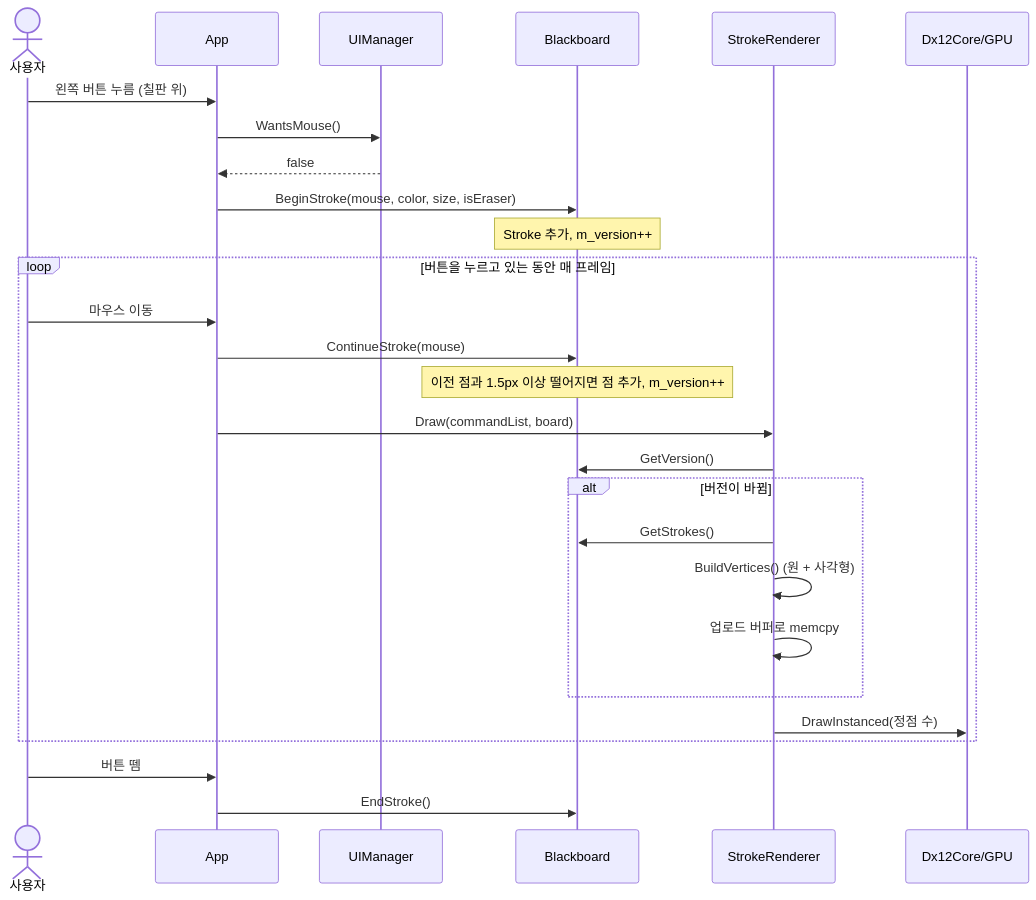
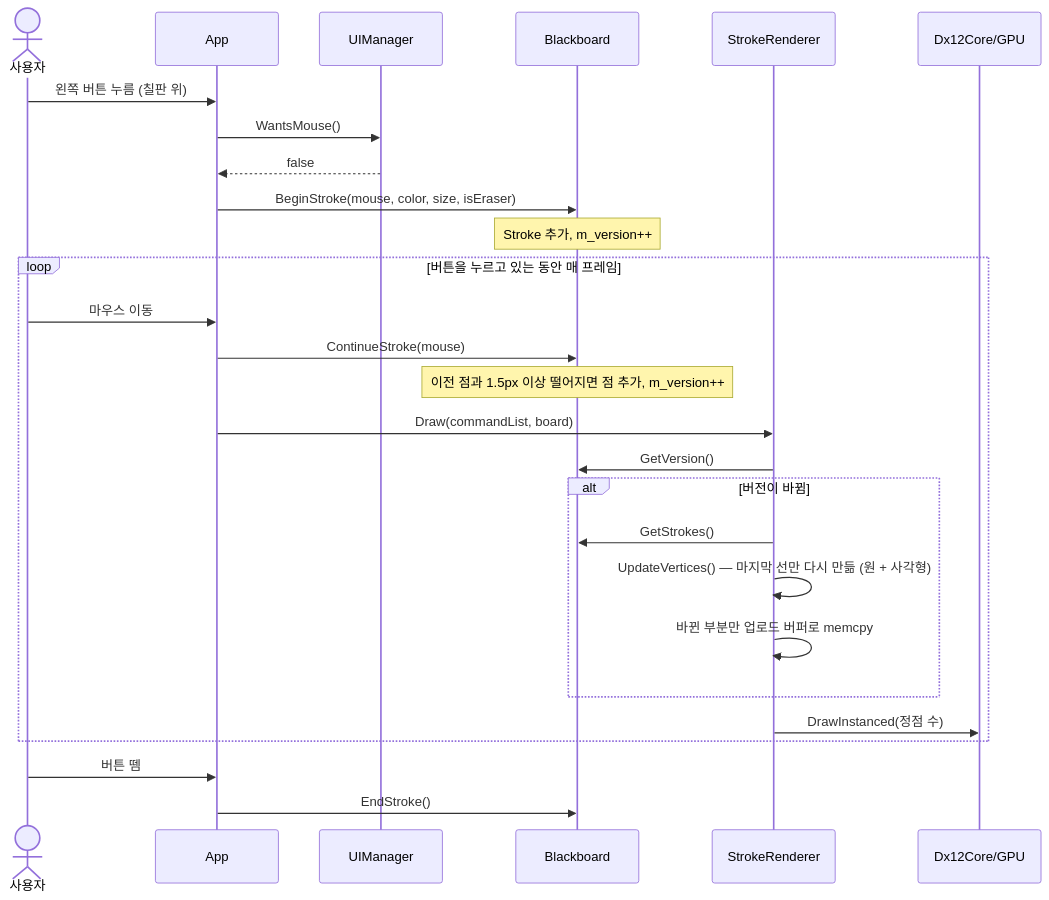
Before and after one commit to 0s-been/BlackboardProj_Dx12: the fourth of 7 diagrams in Docs/Report.md, drawn with Mermaid. The commit also changed other lines of this file and 15 other files, not shown here.

````diff
--- a/Docs/Report.md
+++ b/Docs/Report.md
@@ -249,32 +254,32 @@
 ```mermaid
 sequenceDiagram
     actor User as 사용자
     participant App
     participant UI as UIManager
     participant Board as Blackboard
     participant SR as StrokeRenderer
     participant GPU as Dx12Core/GPU
 
     User->>App: 왼쪽 버튼 누름 (칠판 위)
     App->>UI: WantsMouse()
     UI-->>App: false
     App->>Board: BeginStroke(mouse, color, size, isEraser)
     Note over Board: Stroke 추가, m_version++
 
     loop 버튼을 누르고 있는 동안 매 프레임
         User->>App: 마우스 이동
         App->>Board: ContinueStroke(mouse)
         Note over Board: 이전 점과 1.5px 이상 떨어지면 점 추가, m_version++
         App->>SR: Draw(commandList, board)
         SR->>Board: GetVersion()
         alt 버전이 바뀜
             SR->>Board: GetStrokes()
-            SR->>SR: BuildVertices() (원 + 사각형)
-            SR->>SR: 업로드 버퍼로 memcpy
+            SR->>SR: UpdateVertices() — 마지막 선만 다시 만듦 (원 + 사각형)
+            SR->>SR: 바뀐 부분만 업로드 버퍼로 memcpy
         end
         SR->>GPU: DrawInstanced(정점 수)
     end
 
     User->>App: 버튼 뗌
     App->>Board: EndStroke()
 ```
````
